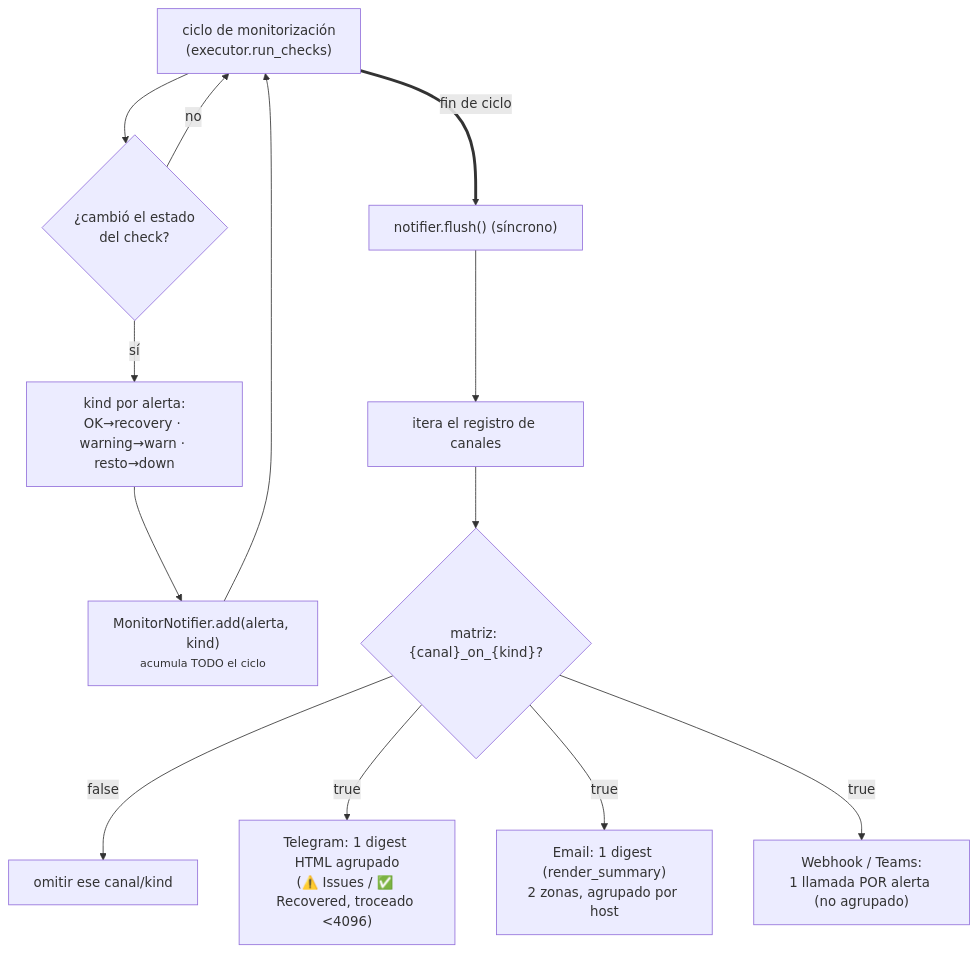
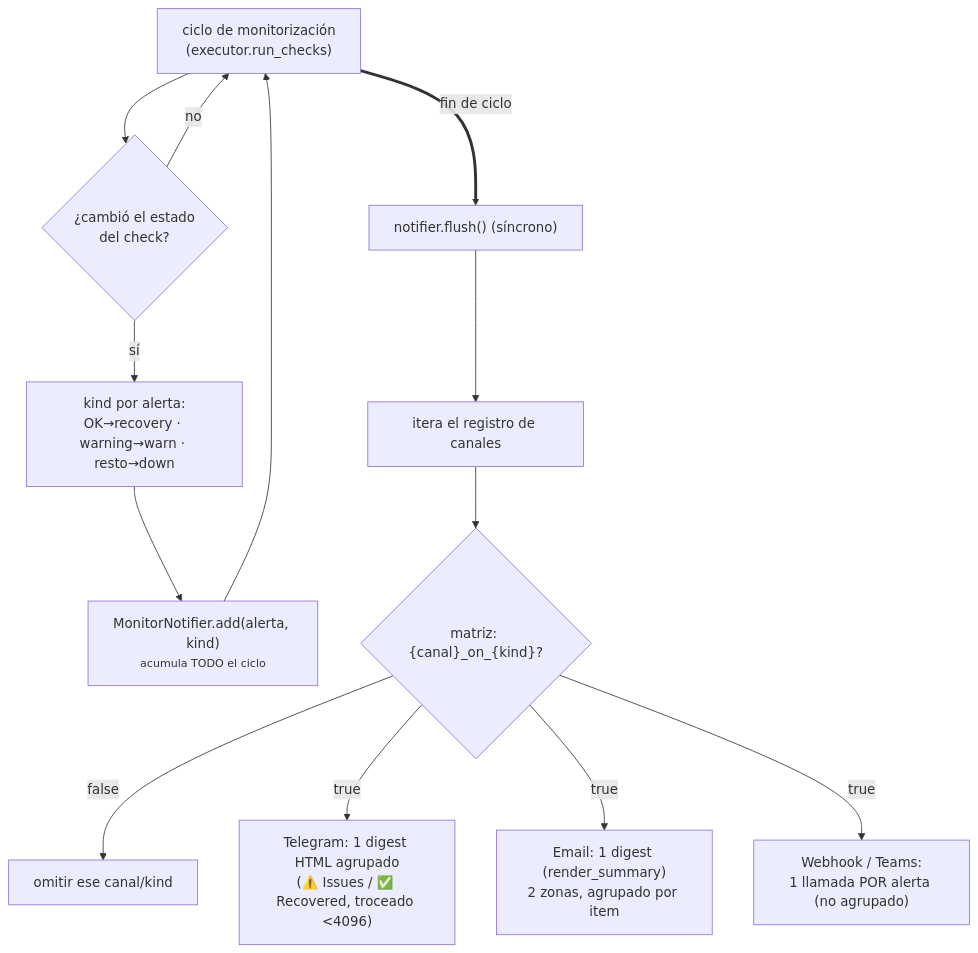
One commit to vsc55/ServiceSentry changed the third of 5 diagrams in docs/explica-notificaciones.md. Above: the diagram before and after it, drawn with Mermaid. The commit also changed other lines of this file and 314 other files, not shown here.

````diff
--- a/docs/explica-notificaciones.md
+++ b/docs/explica-notificaciones.md
@@ -190,15 +190,15 @@
 ```mermaid
 flowchart TD
     cycle["ciclo de monitorización<br/>(executor.run_checks)"] --> chg{"¿cambió el estado<br/>del check?"}
     chg -- no --> cycle
     chg -- "sí" --> kind["kind por alerta:<br/>OK→recovery · warning→warn · resto→down"]
     kind --> acc["MonitorNotifier.add(alerta, kind)<br/><small>acumula TODO el ciclo</small>"]
     acc --> cycle
     cycle == "fin de ciclo" ==> flush["notifier.flush() (síncrono)"]
     flush --> reg["itera el registro de canales"]
     reg --> m{"matriz: {canal}_on_{kind}?"}
     m -- "false" --> skip["omitir ese canal/kind"]
     m -- "true" --> tg["Telegram: 1 digest HTML agrupado<br/>(⚠️ Issues / ✅ Recovered, troceado &lt;4096)"]
-    m -- "true" --> em["Email: 1 digest (render_summary)<br/>2 zonas, agrupado por host"]
+    m -- "true" --> em["Email: 1 digest (render_summary)<br/>2 zonas, agrupado por item"]
     m -- "true" --> wh["Webhook / Teams:<br/>1 llamada POR alerta (no agrupado)"]
 ```
````
